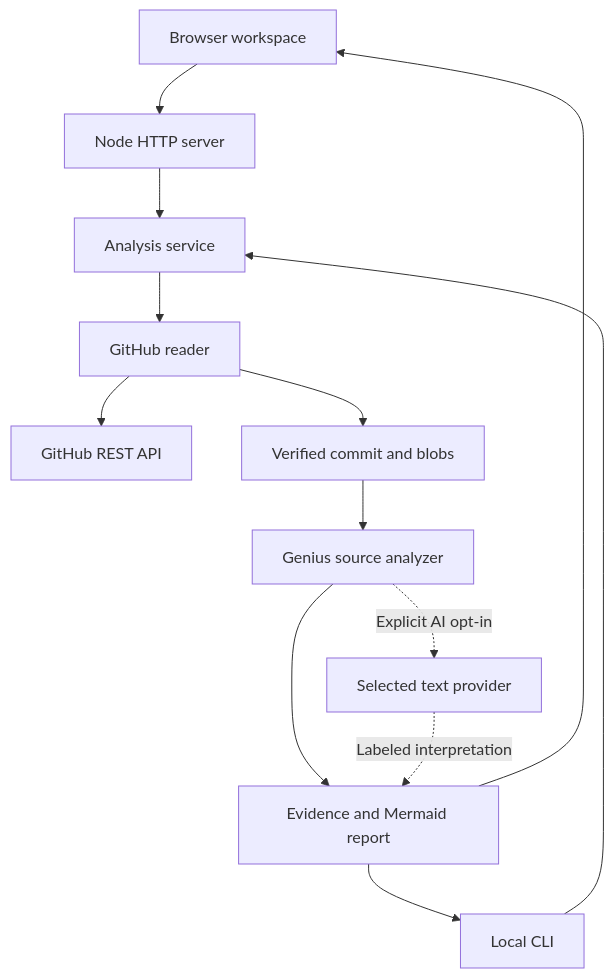
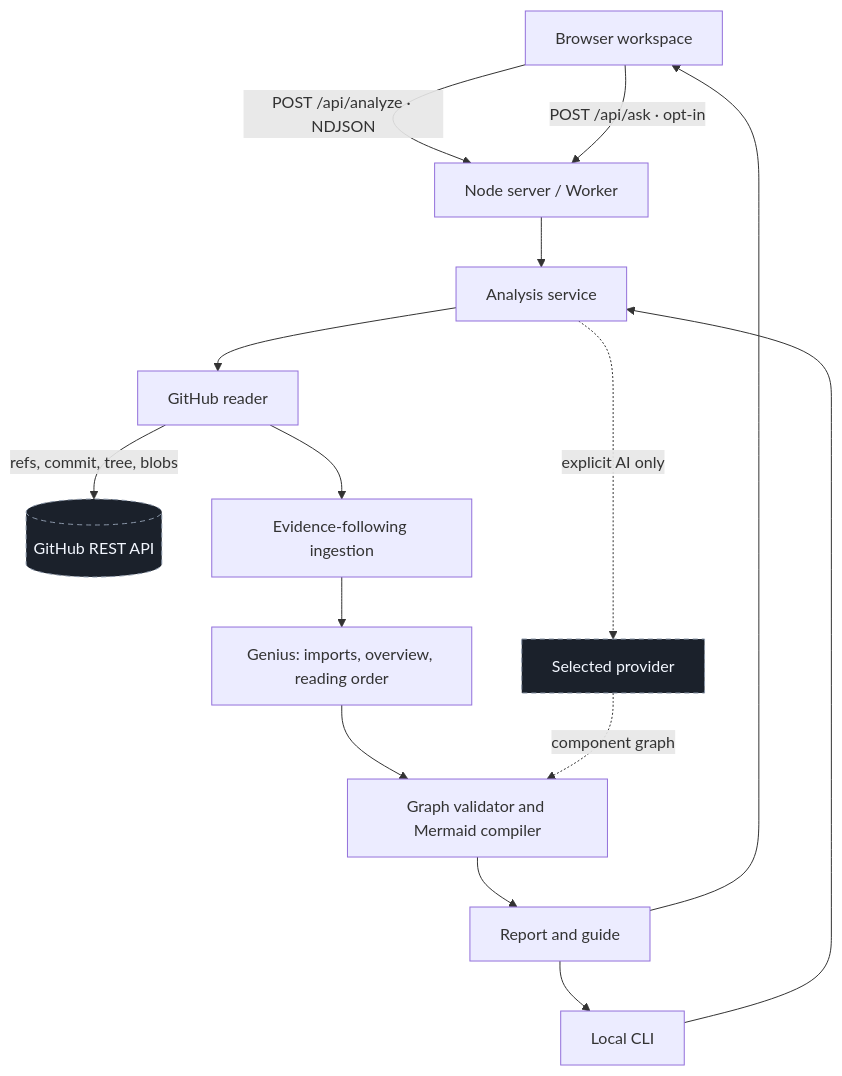
The diagram in docs/ARCHITECTURE.md (ProAmineOfficial/GitArchitectureDiagram), drawn with Mermaid before and after one commit. The commit also changed other lines of this file and 67 other files, not shown here.

Commit message:
Adopt Claude 0.9.0 as GitArchitectureDiagram production baseline

````diff
--- a/docs/ARCHITECTURE.md
+++ b/docs/ARCHITECTURE.md
@@ -5,15 +5,19 @@
 ```mermaid
 flowchart TD
-  Browser[Browser workspace] --> HTTP[Node HTTP server]
-  CLI[Local CLI] --> Service[Analysis service]
+  Browser["Browser workspace"] -->|"POST /api/analyze · NDJSON"| HTTP["Node server / Worker"]
+  Browser -->|"POST /api/ask · opt-in"| HTTP
+  CLI["Local CLI"] --> Service["Analysis service"]
   HTTP --> Service
-  Service --> Reader[GitHub reader]
-  Reader --> GitHub[GitHub REST API]
-  Reader --> Snapshot[Verified commit and blobs]
-  Snapshot --> Genius[Genius source analyzer]
-  Genius --> Report[Evidence and Mermaid report]
-  Genius -. Explicit AI opt-in .-> Model[Selected text provider]
-  Model -. Labeled interpretation .-> Report
+  Service --> Reader["GitHub reader"]
+  Reader -->|"refs, commit, tree, blobs"| GitHub[("GitHub REST API")]
+  Reader --> Ingest["Evidence-following ingestion"]
+  Ingest --> Genius["Genius: imports, overview, reading order"]
+  Genius --> Graph["Graph validator and Mermaid compiler"]
+  Service -.->|"explicit AI only"| Model["Selected provider"]
+  Model -.->|"component graph"| Graph
+  Graph --> Report["Report and guide"]
   Report --> Browser
   Report --> CLI
+  classDef ext fill:#1b212b,stroke:#8a96a8,stroke-dasharray:5 4,color:#f3f7ff
+  class GitHub,Model ext
 ```
````
